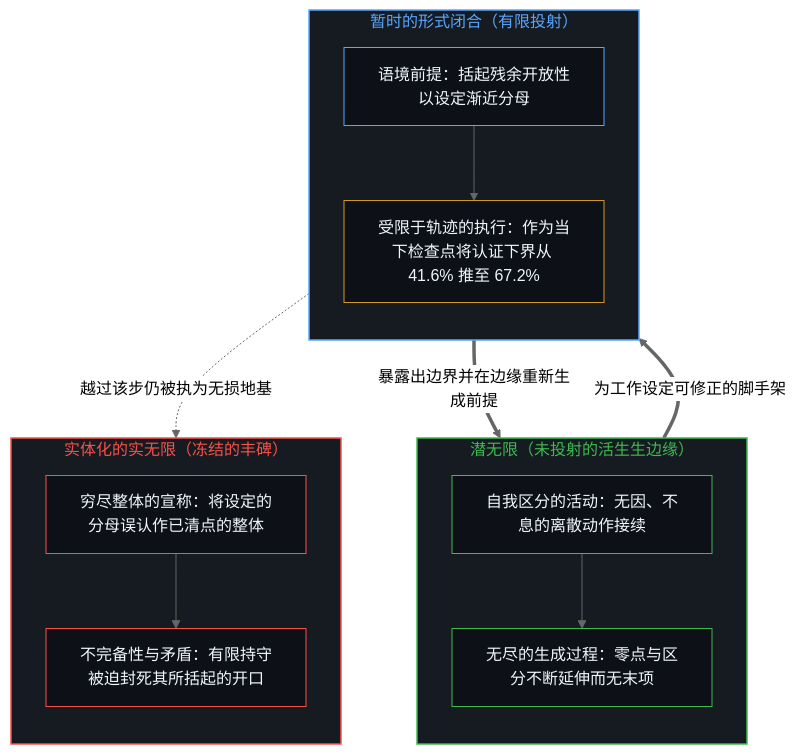
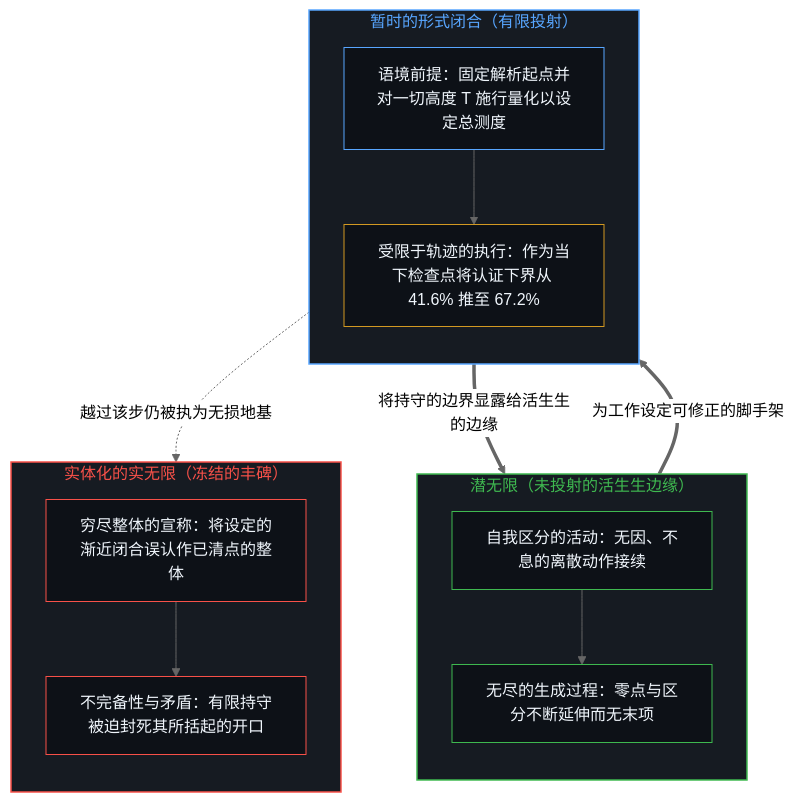
Before and after one commit to powerpig99/not-a-toe: the first of 2 diagrams in content/posts/potential-infinity-and-the-temporary-closures-of-mathematical-thought.md, drawn with Mermaid (neutral theme). The commit also changed other lines of this file and 5 other files, not shown here.

````diff
--- a/content/posts/potential-infinity-and-the-temporary-closures-of-mathematical-thought.md
+++ b/content/posts/potential-infinity-and-the-temporary-closures-of-mathematical-thought.md
@@ -35,33 +35,33 @@
 ```mermaid
 flowchart TD
     subgraph S_Open["潜无限（未投射的活生生边缘）"]
         direction TB
         Edge["自我区分的活动：无因、不息的离散动作接续"]
         OpenField["无尽的生成过程：零点与区分不断延伸而无末项"]
         Edge --> OpenField
     end
     subgraph S_Closure["暂时的形式闭合（有限投射）"]
         direction TB
-        Bracket["语境前提：括起残余开放性以设定渐近分母"]
+        Bracket["语境前提：固定解析起点并对一切高度 T 施行量化以设定总测度"]
         Deduct["受限于轨迹的执行：作为当下检查点将认证下界从 41.6% 推至 67.2%"]
         Bracket --> Deduct
     end
     subgraph S_Reify["实体化的实无限（冻结的丰碑）"]
         direction TB
-        Illusion["穷尽整体的宣称：将设定的分母误认作已清点的整体"]
+        Illusion["穷尽整体的宣称：将设定的渐近闭合误认作已清点的整体"]
         Collision["不完备性与矛盾：有限持守被迫封死其所括起的开口"]
         Illusion --> Collision
     end
     OpenField ==>|"为工作设定可修正的脚手架"| Bracket
-    Deduct ==>|"暴露出边界并在边缘重新生成前提"| Edge
+    Deduct ==>|"将持守的边界显露给活生生的边缘"| Edge
     Deduct -.->|"越过该步仍被执为无损地基"| Illusion
     style S_Open fill:#161b22,stroke:#3fb950,stroke-width:1.5px,color:#3fb950
     style S_Closure fill:#161b22,stroke:#58a6ff,stroke-width:1.5px,color:#58a6ff
     style S_Reify fill:#161b22,stroke:#f85149,stroke-width:1.5px,color:#f85149
     style Edge fill:#0d1117,stroke:#3fb950,stroke-width:1px,color:#f0f6fc
     style OpenField fill:#0d1117,stroke:#3fb950,stroke-width:1px,color:#f0f6fc
     style Bracket fill:#0d1117,stroke:#58a6ff,stroke-width:1px,color:#f0f6fc
     style Deduct fill:#0d1117,stroke:#d29922,stroke-width:1px,color:#f0f6fc
     style Illusion fill:#0d1117,stroke:#f85149,stroke-width:1px,color:#f0f6fc
     style Collision fill:#0d1117,stroke:#f85149,stroke-width:1px,color:#f0f6fc
 ```
````
